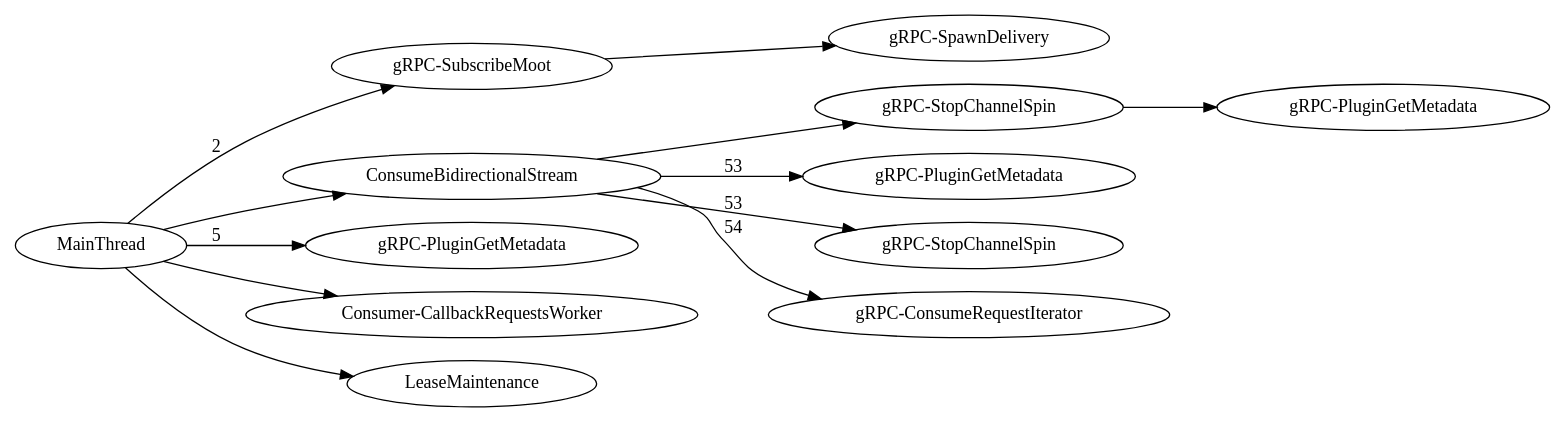
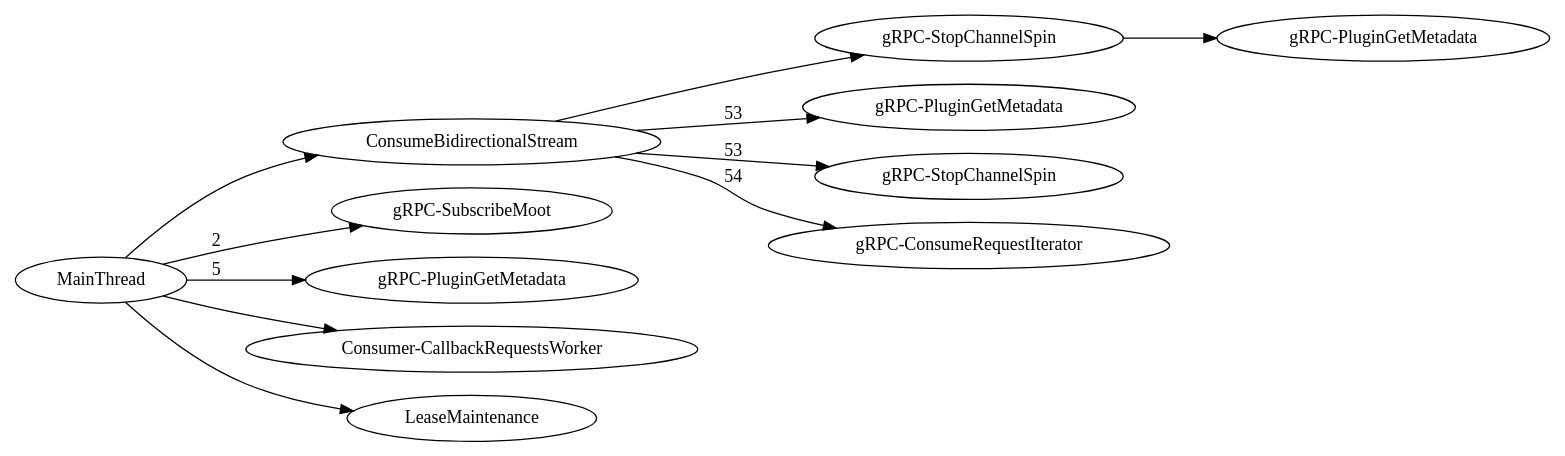
The diagram in no-messages-too/0.29.4.dot (dhermes/google-cloud-pubsub-performance), drawn with Graphviz before and after one commit. The commit also changed 4 other files, not shown here.

```diff
--- a/no-messages-too/0.29.4.dot
+++ b/no-messages-too/0.29.4.dot
@@ -1,58 +1,53 @@
 digraph G {
 rankdir=LR;
 subgraph  {
-subgraph  {
-}
-
-"Thread-gRPC-SubscribeMoot" -> "Thread-gRPC-SpawnDelivery";
 }
 
 subgraph  {
 }
 
 subgraph  {
 }
 
 subgraph  {
 subgraph  {
 }
 
 subgraph  {
 }
 
 subgraph  {
 }
 
 subgraph  {
 subgraph  {
 }
 
-"Thread-gRPC-StopChannelSpin+++++++++++++++++++++++++++++++" -> "Thread-gRPC-PluginGetMetadata+++++++++++++++++++++++++++++++++";
+"Thread-gRPC-StopChannelSpin+++++++++++++++++++++++++++++++++++++++++" -> "Thread-gRPC-PluginGetMetadata+++++++++++++++++++++++++++++++++++++++++++";
 }
 
 "Thread-ConsumeBidirectionalStream" -> "Thread-gRPC-PluginGetMetadata++"  [label=53];
 "Thread-ConsumeBidirectionalStream" -> "Thread-gRPC-StopChannelSpin"  [label=53];
 "Thread-ConsumeBidirectionalStream" -> "Thread-gRPC-ConsumeRequestIterator"  [label=54];
-"Thread-ConsumeBidirectionalStream" -> "Thread-gRPC-StopChannelSpin+++++++++++++++++++++++++++++++";
+"Thread-ConsumeBidirectionalStream" -> "Thread-gRPC-StopChannelSpin+++++++++++++++++++++++++++++++++++++++++";
 }
 
 subgraph  {
 }
 
 MainThread -> "Thread-gRPC-SubscribeMoot"  [label=2];
 MainThread -> "Thread-gRPC-PluginGetMetadata"  [label=5];
 MainThread -> "Thread-Consumer-CallbackRequestsWorker";
 MainThread -> "Thread-ConsumeBidirectionalStream";
 MainThread -> "Thread-LeaseMaintenance";
+"Thread-LeaseMaintenance" [label=LeaseMaintenance];
+"Thread-gRPC-SubscribeMoot" [label="gRPC-SubscribeMoot"];
+"Thread-gRPC-PluginGetMetadata" [label="gRPC-PluginGetMetadata"];
+"Thread-gRPC-ConsumeRequestIterator" [label="gRPC-ConsumeRequestIterator"];
+"Thread-gRPC-StopChannelSpin+++++++++++++++++++++++++++++++++++++++++" [label="gRPC-StopChannelSpin"];
+"Thread-gRPC-StopChannelSpin" [label="gRPC-StopChannelSpin"];
+"Thread-gRPC-PluginGetMetadata+++++++++++++++++++++++++++++++++++++++++++" [label="gRPC-PluginGetMetadata"];
 "Thread-ConsumeBidirectionalStream" [label=ConsumeBidirectionalStream];
-"Thread-gRPC-ConsumeRequestIterator" [label="gRPC-ConsumeRequestIterator"];
 "Thread-gRPC-PluginGetMetadata++" [label="gRPC-PluginGetMetadata"];
-"Thread-gRPC-SpawnDelivery" [label="gRPC-SpawnDelivery"];
-"Thread-gRPC-StopChannelSpin+++++++++++++++++++++++++++++++" [label="gRPC-StopChannelSpin"];
-"Thread-gRPC-StopChannelSpin" [label="gRPC-StopChannelSpin"];
-"Thread-LeaseMaintenance" [label=LeaseMaintenance];
-"Thread-gRPC-PluginGetMetadata" [label="gRPC-PluginGetMetadata"];
-"Thread-gRPC-PluginGetMetadata+++++++++++++++++++++++++++++++++" [label="gRPC-PluginGetMetadata"];
-"Thread-gRPC-SubscribeMoot" [label="gRPC-SubscribeMoot"];
 "Thread-Consumer-CallbackRequestsWorker" [label="Consumer-CallbackRequestsWorker"];
 }
```
